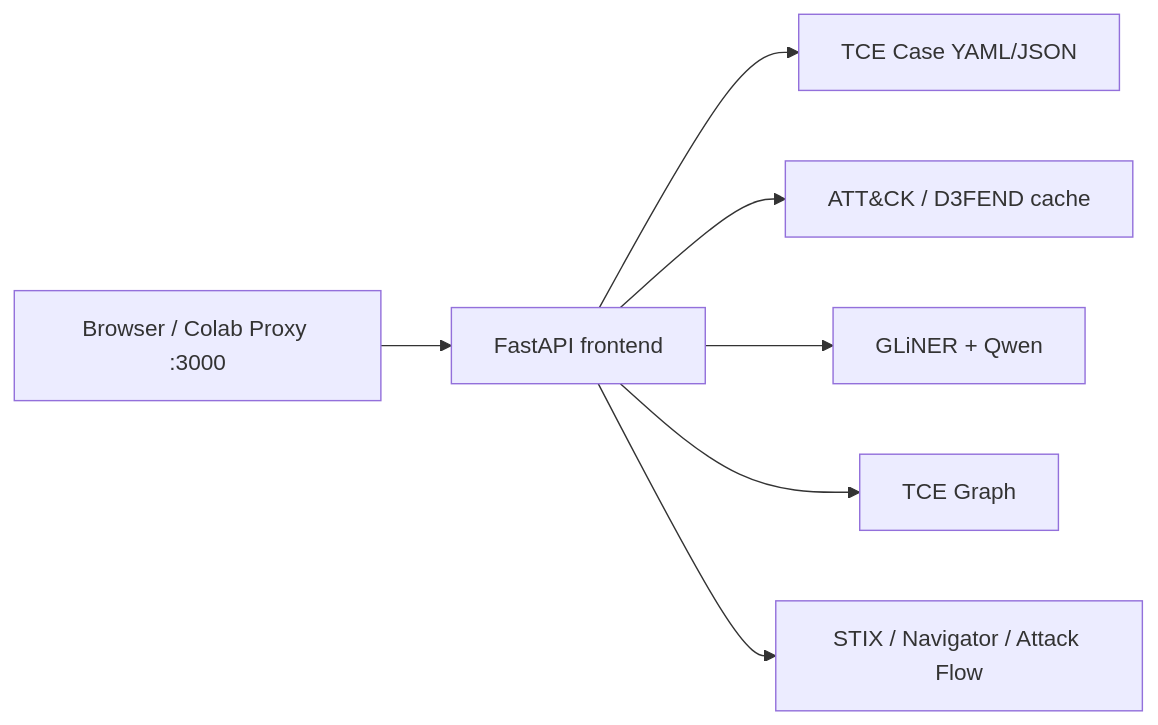
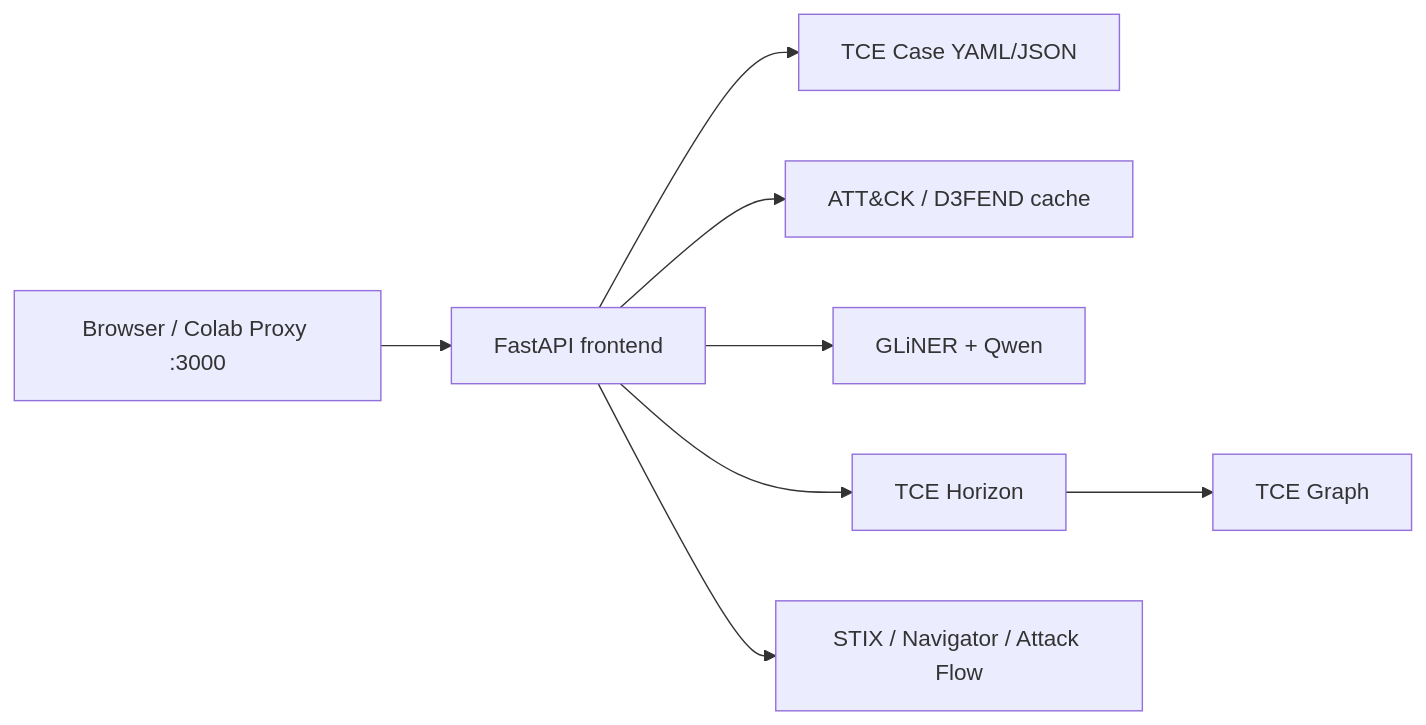
The diagram in docs/colab-frontend.md (Ridd1kulusC0d3r/Cyber-Threat-Context-Modeling), drawn with Mermaid before and after one commit. The commit also changed other lines of this file, not shown here.

Commit message:
docs: add Horizon to Colab web workbench

```diff
--- a/docs/colab-frontend.md
+++ b/docs/colab-frontend.md
@@ -27,9 +28,10 @@
 ~~~mermaid
 flowchart LR
     B[Browser / Colab Proxy :3000] --> F[FastAPI frontend]
     F --> C[TCE Case YAML/JSON]
     F --> A[ATT&CK / D3FEND cache]
     F --> AI[GLiNER + Qwen]
-    F --> G[TCE Graph]
+    F --> H[TCE Horizon]
+    H --> G[TCE Graph]
     F --> E[STIX / Navigator / Attack Flow]
 ~~~
```
